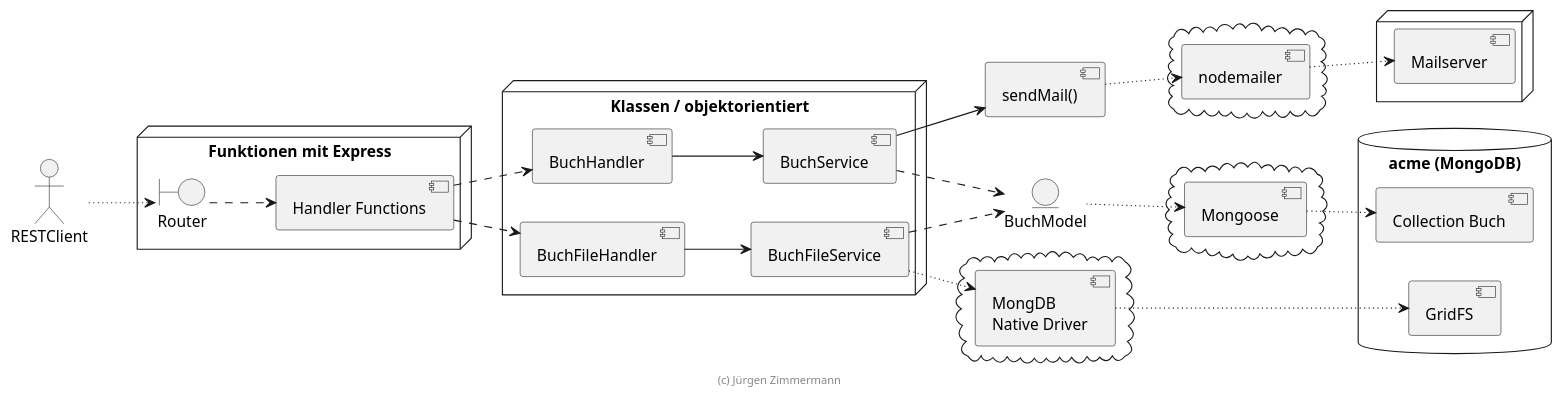
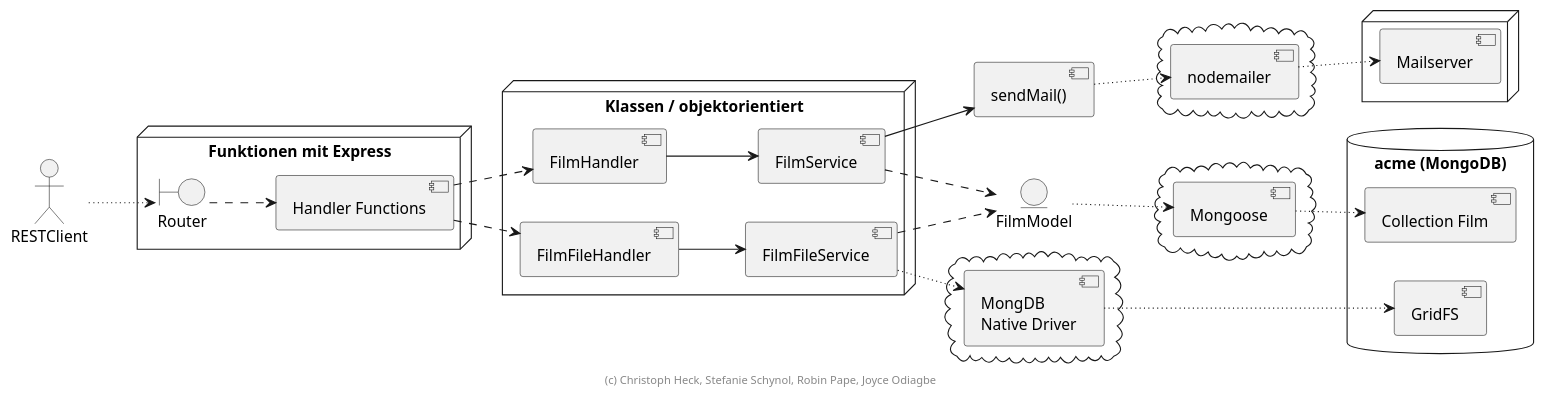
One commit to ChristophKarlHeck/SWE-Abgabe-1-Gruppe-1 changed the diagram in doc/entwicklerhandbuch/komponenten.puml. Above: the diagram before and after it, drawn with PlantUML. The commit also changed 6 other files, not shown here.

```diff
--- a/doc/entwicklerhandbuch/komponenten.puml
+++ b/doc/entwicklerhandbuch/komponenten.puml
@@ -15,69 +15,69 @@
 @startuml Komponenten
 
 skinparam componentStyle uml2
 
 left to right direction
 
 actor RESTClient
 
 node "Funktionen mit Express" {
   boundary Router
   [Handler Functions]
 }
 
 node "Klassen / objektorientiert" {
-  [BuchHandler]
-  [BuchFileHandler]
+  [FilmHandler]
+  [FilmFileHandler]
 
-  [BuchService]
-  [BuchFileService]
+  [FilmService]
+  [FilmFileService]
 }
 
 [sendMail()] as sendMail
 
-entity BuchModel
+entity FilmModel
 
 cloud {
     [Mongoose]
 }
 
 cloud {
     [MongDB\nNative Driver]
 }
 
 cloud {
     [nodemailer]
 }
 
 database "acme (MongoDB)" {
-    [Collection Buch]
+    [Collection Film]
     [GridFS]
 }
 
 node {
     [Mailserver]
 }
 
 
 RESTClient ~~> [Router]
 [Router] ..> [Handler Functions]
-[Handler Functions] ..> [BuchHandler]
-[Handler Functions] ..> [BuchFileHandler]
+[Handler Functions] ..> [FilmHandler]
+[Handler Functions] ..> [FilmFileHandler]
 
-[BuchHandler] --> [BuchService]
-[BuchFileHandler] --> [BuchFileService]
-[BuchService] ..> [BuchModel]
-[BuchFileService] ..> [BuchModel]
+[FilmHandler] --> [FilmService]
+[FilmFileHandler] --> [FilmFileService]
+[FilmService] ..> [FilmModel]
+[FilmFileService] ..> [FilmModel]
 
-[BuchModel] ~~> [Mongoose]
-[BuchFileService] ~~> [MongDB\nNative Driver]
+[FilmModel] ~~> [Mongoose]
+[FilmFileService] ~~> [MongDB\nNative Driver]
 [sendMail] ~~> [nodemailer]
-[Mongoose] ~~> [Collection Buch]
+[Mongoose] ~~> [Collection Film]
 [MongDB\nNative Driver] ~~> [GridFS]
 
-[BuchService] --> [sendMail]
+[FilmService] --> [sendMail]
 [nodemailer] ~~> [Mailserver]
 
-footer (c) Jürgen Zimmermann
+footer (c) Christoph Heck, Stefanie Schynol, Robin Pape, Joyce Odiagbe
 
 @enduml
```
